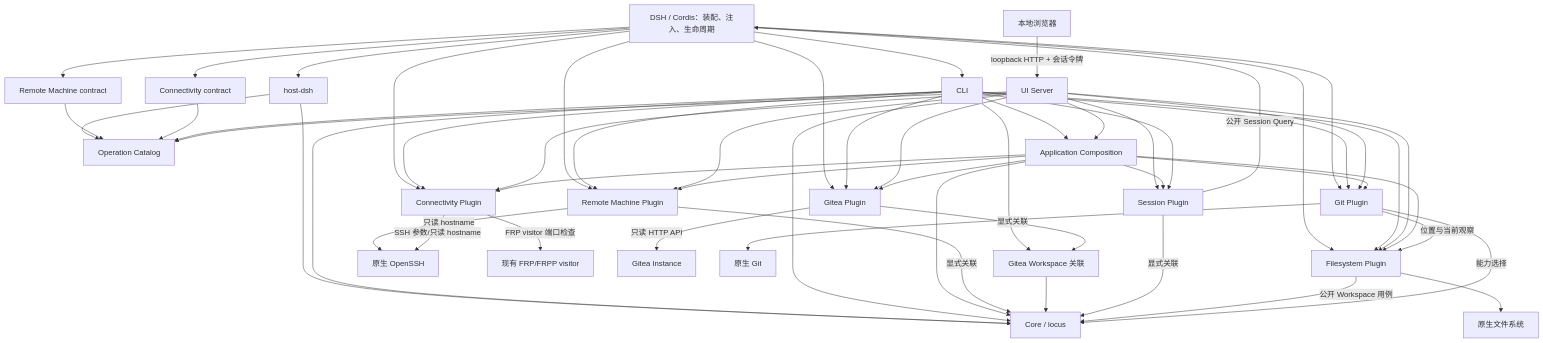
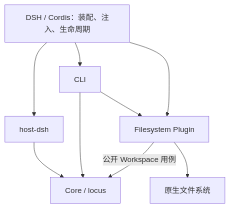
The diagram in docs/architecture.md (SWdrift/locus-workspace), drawn with Mermaid before and after one commit. The commit also changed other lines of this file and 133 other files, not shown here.

````diff
--- a/docs/architecture.md
+++ b/docs/architecture.md
@@ -36,57 +26,11 @@
 ```mermaid
 flowchart TD
     DSH["DSH / Cordis：装配、注入、生命周期"] --> Host["host-dsh"]
     DSH --> CLI["CLI"]
-    DSH --> MachineContract["Remote Machine contract"]
-    DSH --> ConnectivityContract["Connectivity contract"]
     DSH --> FS["Filesystem Plugin"]
-    DSH --> Git["Git Plugin"]
-    DSH --> Machine["Remote Machine Plugin"]
-    DSH --> Connectivity["Connectivity Plugin"]
-    DSH --> Gitea["Gitea Plugin"]
     Host --> Core["Core / locus"]
-    Host --> Operations["Operation Catalog"]
-    MachineContract --> Operations
-    ConnectivityContract --> Operations
     CLI --> Core
     CLI --> FS
-    CLI --> Git
-    CLI --> Machine
-    CLI --> Connectivity
-    CLI --> Gitea
-    CLI --> Operations
-    CLI --> Application["Application Composition"]
-    UI["UI Server"] --> Application
-    UI --> Operations
-    UI --> Core
-    UI --> FS
-    UI --> Git
-    UI --> Machine
-    UI --> Connectivity
-    UI --> Gitea
-    UI --> Session
-    Browser["本地浏览器"] -->|"loopback HTTP + 会话令牌"| UI
-    Application --> Core
-    Application --> FS
-    Application --> Git
-    Application --> Machine
-    Application --> Connectivity
-    Application --> Gitea
-    Application --> Session
-    CLI --> GiteaCore["Gitea Workspace 关联"]
-    CLI --> Session["Session Plugin"]
-    Machine -->|"显式关联"| Core
-    Machine -->|"只读 hostname"| SSH["原生 OpenSSH"]
-    Connectivity -->|"SSH 参数/只读 hostname"| SSH
-    Connectivity -->|"FRP visitor 端口检查"| Visitor["现有 FRP/FRPP visitor"]
-    Gitea -->|"只读 HTTP API"| GiteaAPI["Gitea Instance"]
-    Gitea -->|"显式关联"| GiteaCore
-    GiteaCore --> Core
-    Session -->|"公开 Session Query"| DSH
-    Session -->|"显式关联"| Core
     FS -->|"公开 Workspace 用例"| Core
-    Git -->|"能力选择"| Core
-    Git -->|"位置与当前观察"| FS
     FS --> Files["原生文件系统"]
-    Git --> NativeGit["原生 Git"]
 ```
````
